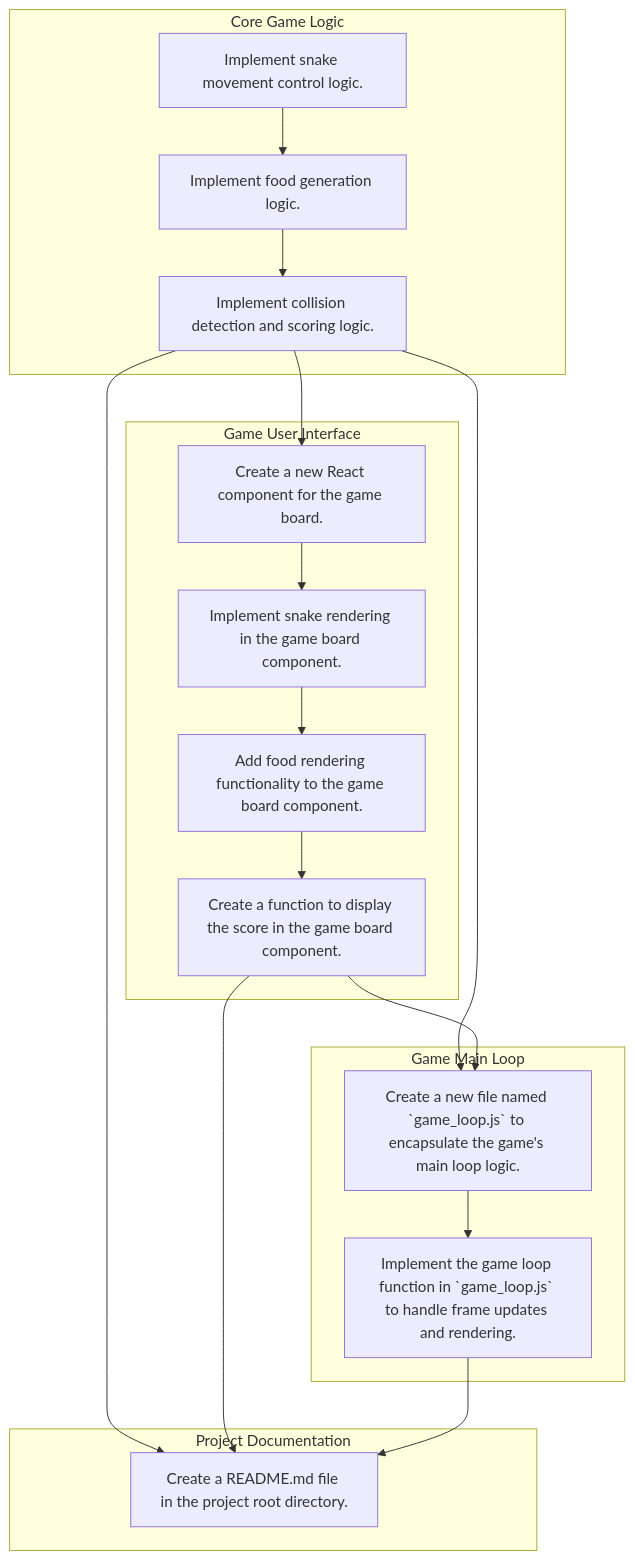
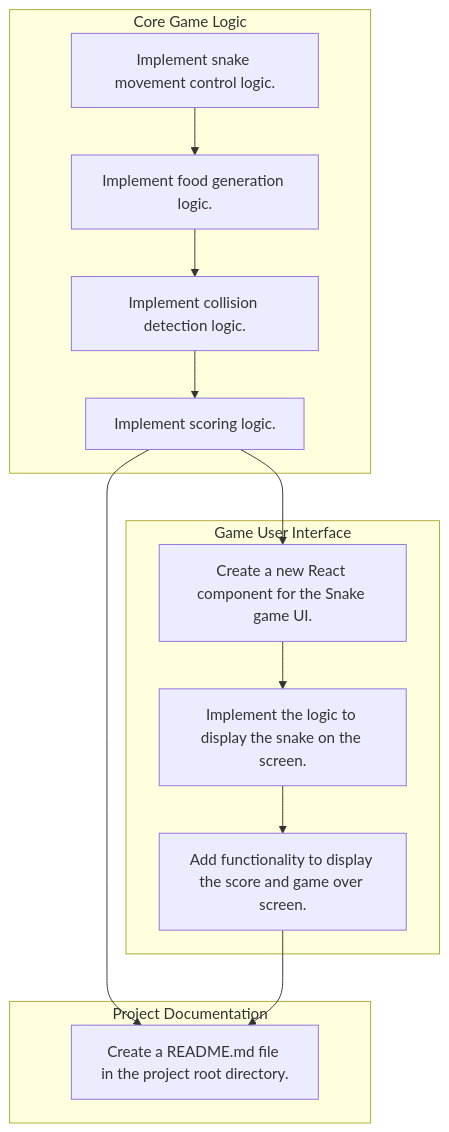
Before and after one commit to pojeesahil/Kaizen: the diagram in work/DAG/dag_flow.md, drawn with Mermaid. The commit also changed other lines of this file and 8 other files, not shown here.

````diff
--- a/work/DAG/dag_flow.md
+++ b/work/DAG/dag_flow.md
@@ -9,33 +9,25 @@
 ```mermaid
 flowchart TD
-subgraph sub_coreLogic_a6ae79 ["Core Game Logic"]
-coreLogic_a6ae79_t1_2c4dbb["Implement snake movement control logic."]
-coreLogic_a6ae79_t2_dedd9d["Implement food generation logic."]
-coreLogic_a6ae79_t3_944761["Implement collision detection and scoring logic."]
+subgraph sub_coreLogic_5083b1 ["Core Game Logic"]
+coreLogic_5083b1_t1_9f6dc3["Implement snake movement control logic."]
+coreLogic_5083b1_t2_b15221["Implement food generation logic."]
+coreLogic_5083b1_t3_686b0b["Implement collision detection logic."]
+coreLogic_5083b1_t4_b835bc["Implement scoring logic."]
 end
-subgraph sub_gameUi_0ff351 ["Game User Interface"]
-gameUi_0ff351_t1_50d335["Create a new React component for the game board."]
-gameUi_0ff351_t2_dd85d6["Implement snake rendering in the game board component."]
-gameUi_0ff351_t3_59a347["Add food rendering functionality to the game board component."]
-gameUi_0ff351_t4_827141["Create a function to display the score in the game board component."]
+subgraph sub_gameUi_832f05 ["Game User Interface"]
+gameUi_832f05_t1_88f00f["Create a new React component for the Snake game UI."]
+gameUi_832f05_t2_7dead7["Implement the logic to display the snake on the screen."]
+gameUi_832f05_t3_ec02a2["Add functionality to display the score and game over screen."]
 end
-subgraph sub_mainLoop_735ece ["Game Main Loop"]
-mainLoop_735ece_t1_a6c466["Create a new file named `game_loop.js` to encapsulate the game's main loop logic."]
-mainLoop_735ece_t2_e536c7["Implement the game loop function in `game_loop.js` to handle frame updates and rendering."]
+subgraph sub_readme_c307e9 ["Project Documentation"]
+readme_c307e9_t1_77c810["Create a README.md file in the project root directory."]
 end
-subgraph sub_readme_48bd61 ["Project Documentation"]
-readme_48bd61_t1_dcee23["Create a README.md file in the project root directory."]
-end
-coreLogic_a6ae79_t1_2c4dbb --> coreLogic_a6ae79_t2_dedd9d
-coreLogic_a6ae79_t2_dedd9d --> coreLogic_a6ae79_t3_944761
-coreLogic_a6ae79_t3_944761 --> gameUi_0ff351_t1_50d335
-gameUi_0ff351_t1_50d335 --> gameUi_0ff351_t2_dd85d6
-gameUi_0ff351_t2_dd85d6 --> gameUi_0ff351_t3_59a347
-gameUi_0ff351_t3_59a347 --> gameUi_0ff351_t4_827141
-coreLogic_a6ae79_t3_944761 --> mainLoop_735ece_t1_a6c466
-gameUi_0ff351_t4_827141 --> mainLoop_735ece_t1_a6c466
-mainLoop_735ece_t1_a6c466 --> mainLoop_735ece_t2_e536c7
-coreLogic_a6ae79_t3_944761 --> readme_48bd61_t1_dcee23
-gameUi_0ff351_t4_827141 --> readme_48bd61_t1_dcee23
-mainLoop_735ece_t2_e536c7 --> readme_48bd61_t1_dcee23
+coreLogic_5083b1_t1_9f6dc3 --> coreLogic_5083b1_t2_b15221
+coreLogic_5083b1_t2_b15221 --> coreLogic_5083b1_t3_686b0b
+coreLogic_5083b1_t3_686b0b --> coreLogic_5083b1_t4_b835bc
+coreLogic_5083b1_t4_b835bc --> gameUi_832f05_t1_88f00f
+gameUi_832f05_t1_88f00f --> gameUi_832f05_t2_7dead7
+gameUi_832f05_t2_7dead7 --> gameUi_832f05_t3_ec02a2
+coreLogic_5083b1_t4_b835bc --> readme_c307e9_t1_77c810
+gameUi_832f05_t3_ec02a2 --> readme_c307e9_t1_77c810
 ```
````
